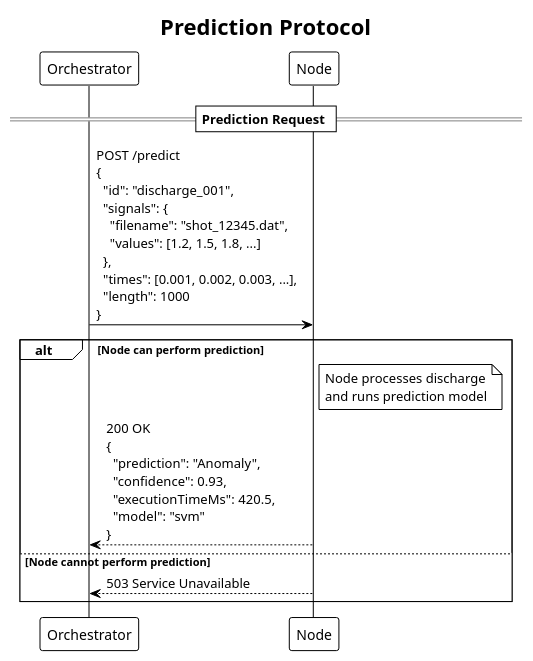
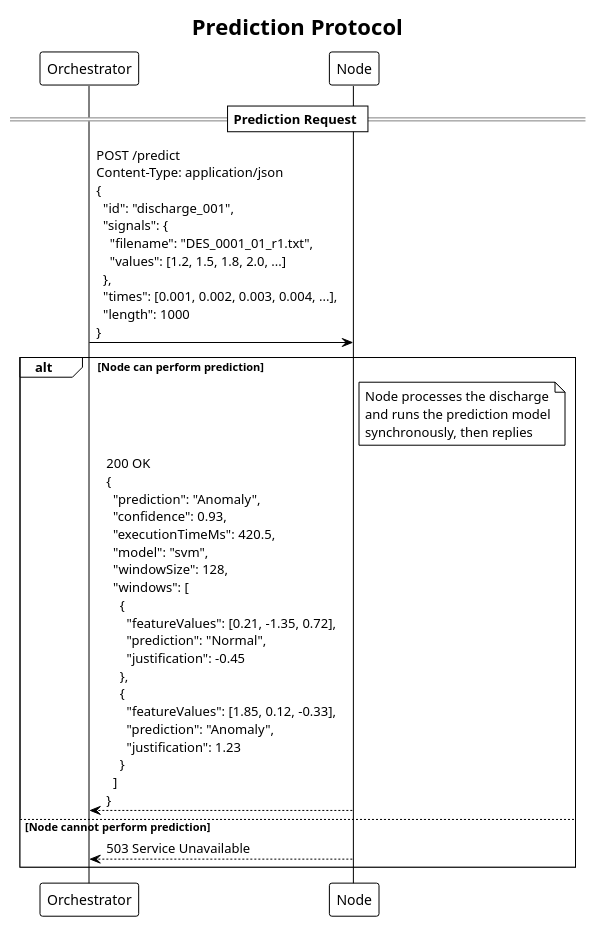
Before and after one commit to outlierClassifier/outlier_protocol: the diagram in diagrams/predict.puml, drawn with PlantUML. The commit also changed 1 other file, not shown here.

Commit message:
Update prediction protocol diagram with correct request format

```diff
--- a/diagrams/predict.puml
+++ b/diagrams/predict.puml
@@ -1,20 +1,24 @@
 @startuml prediction
 !theme plain
 title Prediction Protocol
 
 participant Orchestrator
 participant "Node" as Node
 
 == Prediction Request ==
-Orchestrator -> Node: POST /predict\n{\n  "id": "discharge_001",\n  "signals": {\n    "filename": "shot_12345.dat",\n    "values": [1.2, 1.5, 1.8, ...]\n  },\n  "times": [0.001, 0.002, 0.003, ...],\n  "length": 1000\n}
+Orchestrator -> Node: POST /predict\nContent-Type: application/json\n{\n  "id": "discharge_001",\n  "signals": {\n    "filename": "DES_0001_01_r1.txt",\n    "values": [1.2, 1.5, 1.8, 2.0, ...]\n  },\n  "times": [0.001, 0.002, 0.003, 0.004, ...],\n  "length": 1000\n}
 
 alt Node can perform prediction
-    note right of Node: Node processes discharge\nand runs prediction model
-    
-    Node --> Orchestrator: 200 OK\n{\n  "prediction": "Anomaly",\n  "confidence": 0.93,\n  "executionTimeMs": 420.5,\n  "model": "svm"\n}
+    note right of Node
+      Node processes the discharge
+      and runs the prediction model
+      synchronously, then replies
+    end note
+
+    Node --> Orchestrator: 200 OK\n{\n  "prediction": "Anomaly",\n  "confidence": 0.93,\n  "executionTimeMs": 420.5,\n  "model": "svm",\n  "windowSize": 128,\n  "windows": [\n    {\n      "featureValues": [0.21, -1.35, 0.72],\n      "prediction": "Normal",\n      "justification": -0.45\n    },\n    {\n      "featureValues": [1.85, 0.12, -0.33],\n      "prediction": "Anomaly",\n      "justification": 1.23\n    }\n  ]\n}
 
 else Node cannot perform prediction
     Node --> Orchestrator: 503 Service Unavailable
 end
 
 @enduml
```
